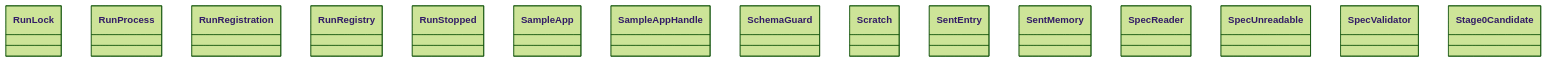
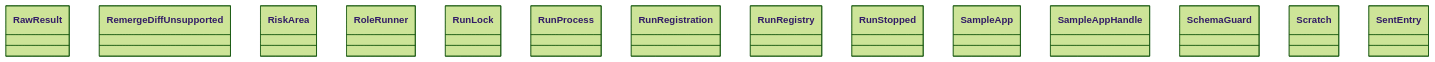
The diagram in docs/architecture/generated/classes-process-application-support-5.md (GonzaloZevallos/agentic-system), drawn with Mermaid (forest theme) before and after one commit. The commit also changed other lines of this file and 24 other files, not shown here.

````diff
--- a/docs/architecture/generated/classes-process-application-support-5.md
+++ b/docs/architecture/generated/classes-process-application-support-5.md
@@ -19,18 +20,17 @@
 ```mermaid
 classDiagram
+    class ports__RawResult["RawResult"]
+    class ports__RemergeDiffUnsupported["RemergeDiffUnsupported"]
+    class ports__RiskArea["RiskArea"]
+    class ports__RoleRunner["RoleRunner"]
     class ports__RunLock["RunLock"]
     class ports__RunProcess["RunProcess"]
     class ports__RunRegistration["RunRegistration"]
     class ports__RunRegistry["RunRegistry"]
     class ports__RunStopped["RunStopped"]
     class ports__SampleApp["SampleApp"]
     class ports__SampleAppHandle["SampleAppHandle"]
     class ports__SchemaGuard["SchemaGuard"]
     class ports__Scratch["Scratch"]
     class ports__SentEntry["SentEntry"]
-    class ports__SentMemory["SentMemory"]
-    class ports__SpecReader["SpecReader"]
-    class ports__SpecUnreadable["SpecUnreadable"]
-    class ports__SpecValidator["SpecValidator"]
-    class ports__Stage0Candidate["Stage0Candidate"]
 ```
````
